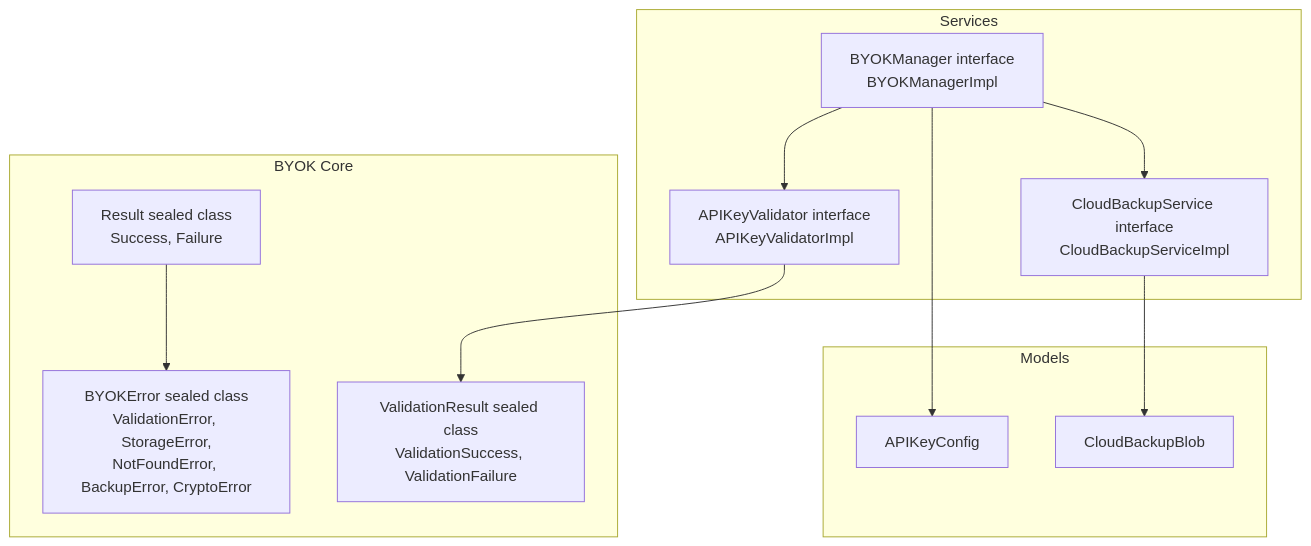
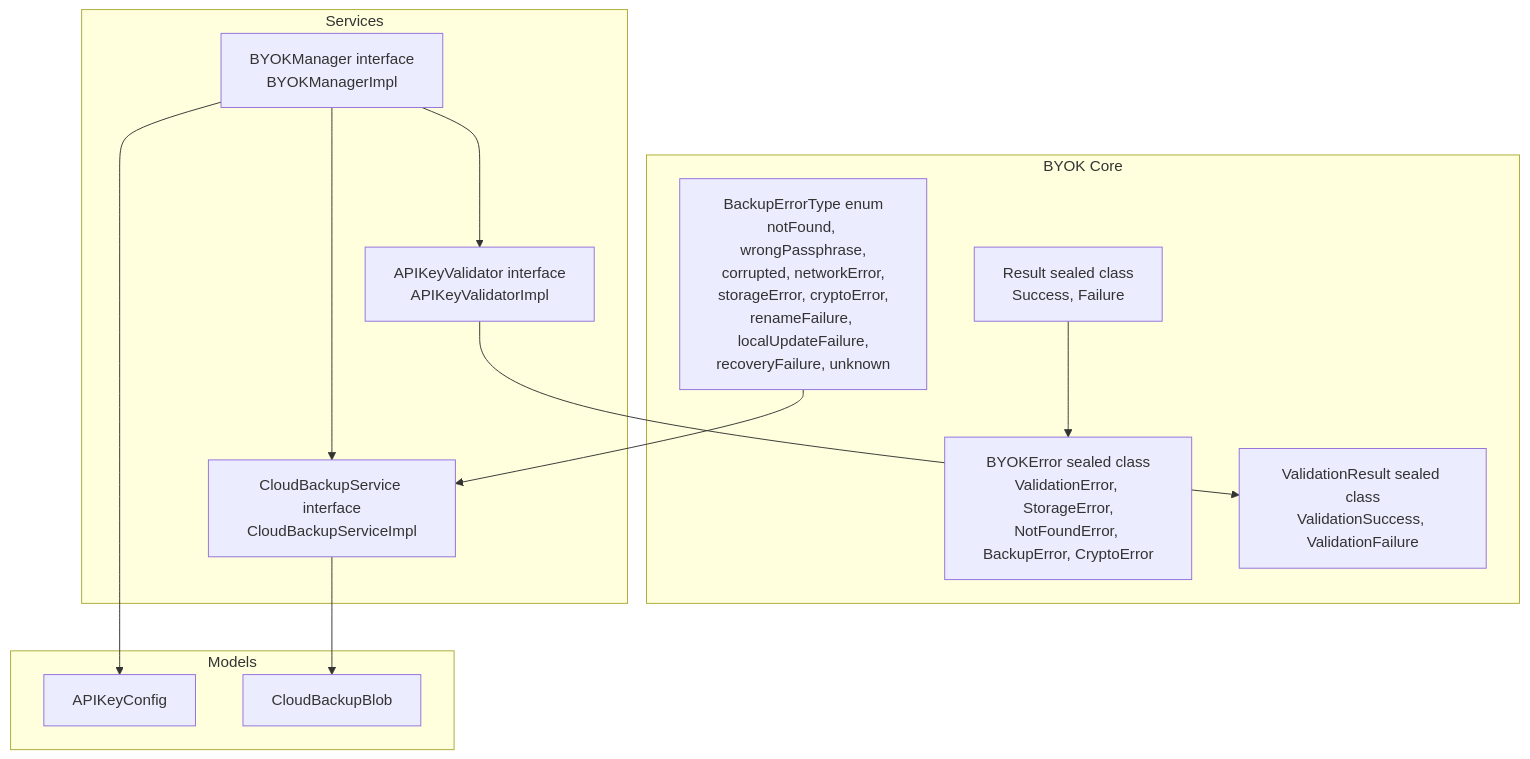
One commit to JAaron93/StyleSync changed the first of 8 diagrams in .qoder/repowiki/en/content/Core Services/BYOK Manager/Error Handling Patterns.md. Above: the diagram before and after it, drawn with Mermaid. The commit also changed other lines of this file and 36 other files, not shown here.

````diff
--- a/.qoder/repowiki/en/content/Core Services/BYOK Manager/Error Handling Patterns.md
+++ b/.qoder/repowiki/en/content/Core Services/BYOK Manager/Error Handling Patterns.md
@@ -31,23 +44,25 @@
 ```mermaid
 graph TB
 subgraph "BYOK Core"
 Result["Result<T> sealed class<br/>Success<T>, Failure<T>"]
 BYOKError["BYOKError sealed class<br/>ValidationError, StorageError,<br/>NotFoundError, BackupError, CryptoError"]
 ValidationResult["ValidationResult sealed class<br/>ValidationSuccess, ValidationFailure"]
+BackupErrorType["BackupErrorType enum<br/>notFound, wrongPassphrase,<br/>corrupted, networkError,<br/>storageError, cryptoError,<br/>renameFailure, localUpdateFailure,<br/>recoveryFailure, unknown"]
 end
 subgraph "Services"
 BYOKManager["BYOKManager interface<br/>BYOKManagerImpl"]
 APIKeyValidator["APIKeyValidator interface<br/>APIKeyValidatorImpl"]
 CloudBackupService["CloudBackupService interface<br/>CloudBackupServiceImpl"]
 end
 subgraph "Models"
 APIKeyConfig["APIKeyConfig"]
 CloudBackupBlob["CloudBackupBlob"]
 end
 Result --> BYOKError
 BYOKManager --> APIKeyValidator
 BYOKManager --> CloudBackupService
 BYOKManager --> APIKeyConfig
 CloudBackupService --> CloudBackupBlob
 APIKeyValidator --> ValidationResult
+BackupErrorType --> CloudBackupService
 ```
````
